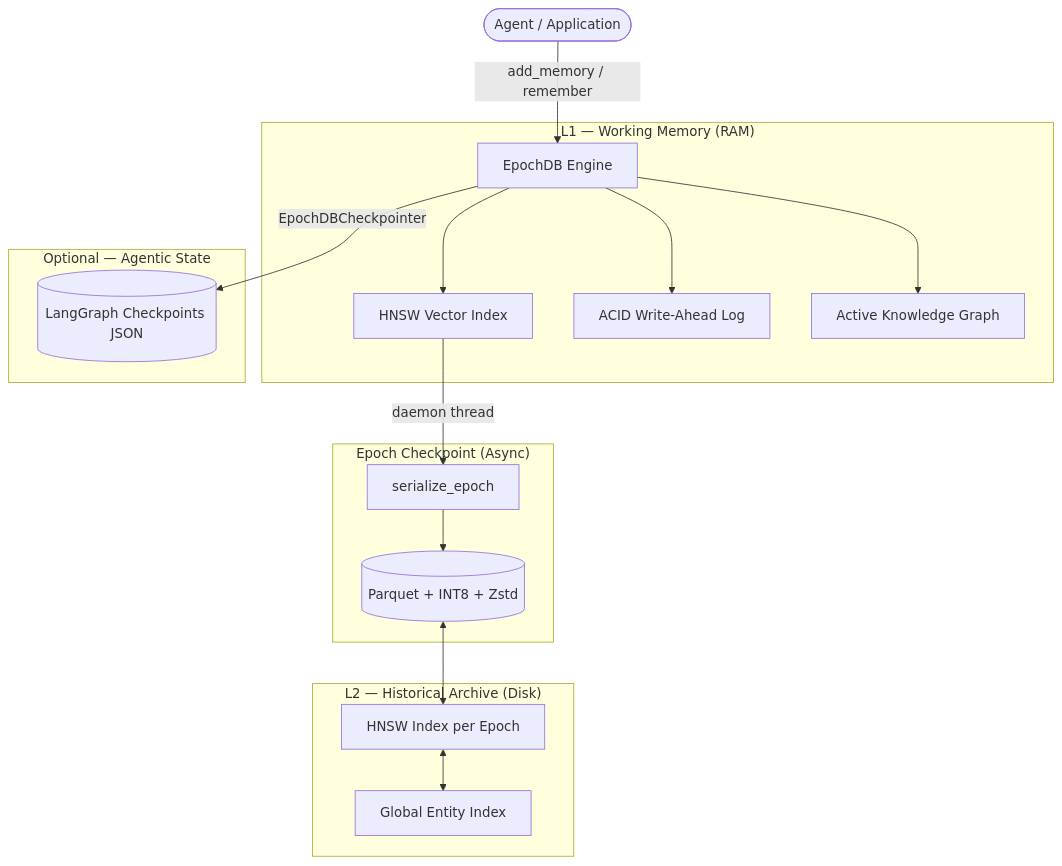
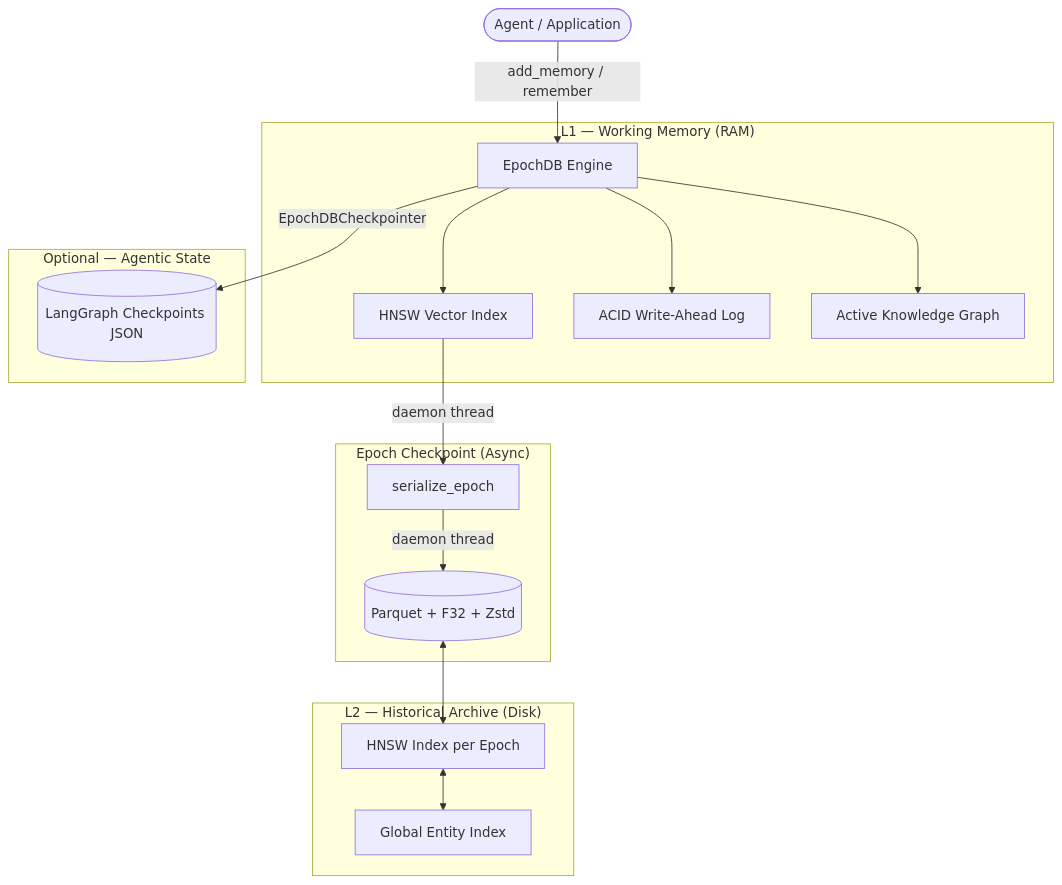
The first of 2 diagrams in how_it_works.md (jersobh/epochdb), drawn with Mermaid before and after one commit. The commit also changed other lines of this file and 10 other files, not shown here.

````diff
--- a/how_it_works.md
+++ b/how_it_works.md
@@ -27,24 +27,24 @@
 ```mermaid
 graph TD
     Agent([Agent / Application]) -->|add_memory / remember| Engine[EpochDB Engine]
 
     subgraph "L1 — Working Memory (RAM)"
         Engine --> HNSW[HNSW Vector Index]
         Engine --> WAL[ACID Write-Ahead Log]
         Engine --> KG[Active Knowledge Graph]
     end
 
     subgraph "Epoch Checkpoint (Async)"
         HNSW -->|daemon thread| Flush[serialize_epoch]
-        Flush --> Parquet[(Parquet + INT8 + Zstd)]
+        Flush -->|daemon thread| Parquet[(Parquet + F32 + Zstd)]
     end
 
     subgraph "L2 — Historical Archive (Disk)"
         Parquet <--> HNSW_C[HNSW Index per Epoch]
         HNSW_C <--> GEI[Global Entity Index]
     end
 
     subgraph "Optional — Agentic State"
         Engine -->|EpochDBCheckpointer| CKPT[(LangGraph Checkpoints JSON)]
     end
 ```
````
